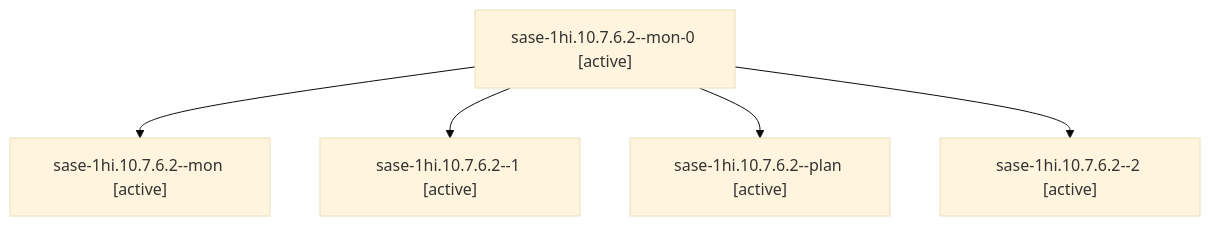
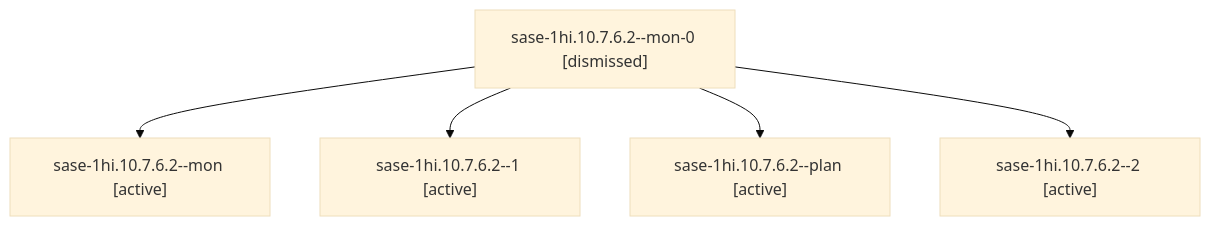
One commit to sase-org/sase--agents changed the diagram in sessions/bbugyi200.apollo.sase-1hi.10.7.6.2.md. Above: the diagram before and after it, drawn with Mermaid (base theme). The commit also changed other lines of this file and 259 other files, not shown here.

````diff
--- a/sessions/bbugyi200.apollo.sase-1hi.10.7.6.2.md
+++ b/sessions/bbugyi200.apollo.sase-1hi.10.7.6.2.md
@@ -9,12 +9,12 @@
 ```mermaid
 flowchart TD
-  n0["sase-1hi.10.7.6.2--mon-0 [active]"]
+  n0["sase-1hi.10.7.6.2--mon-0 [dismissed]"]
   n1["sase-1hi.10.7.6.2--mon [active]"]
   n0 --> n1
   n2["sase-1hi.10.7.6.2--1 [active]"]
   n0 --> n2
   n3["sase-1hi.10.7.6.2--plan [active]"]
   n0 --> n3
   n4["sase-1hi.10.7.6.2--2 [active]"]
   n0 --> n4
 ```
````
